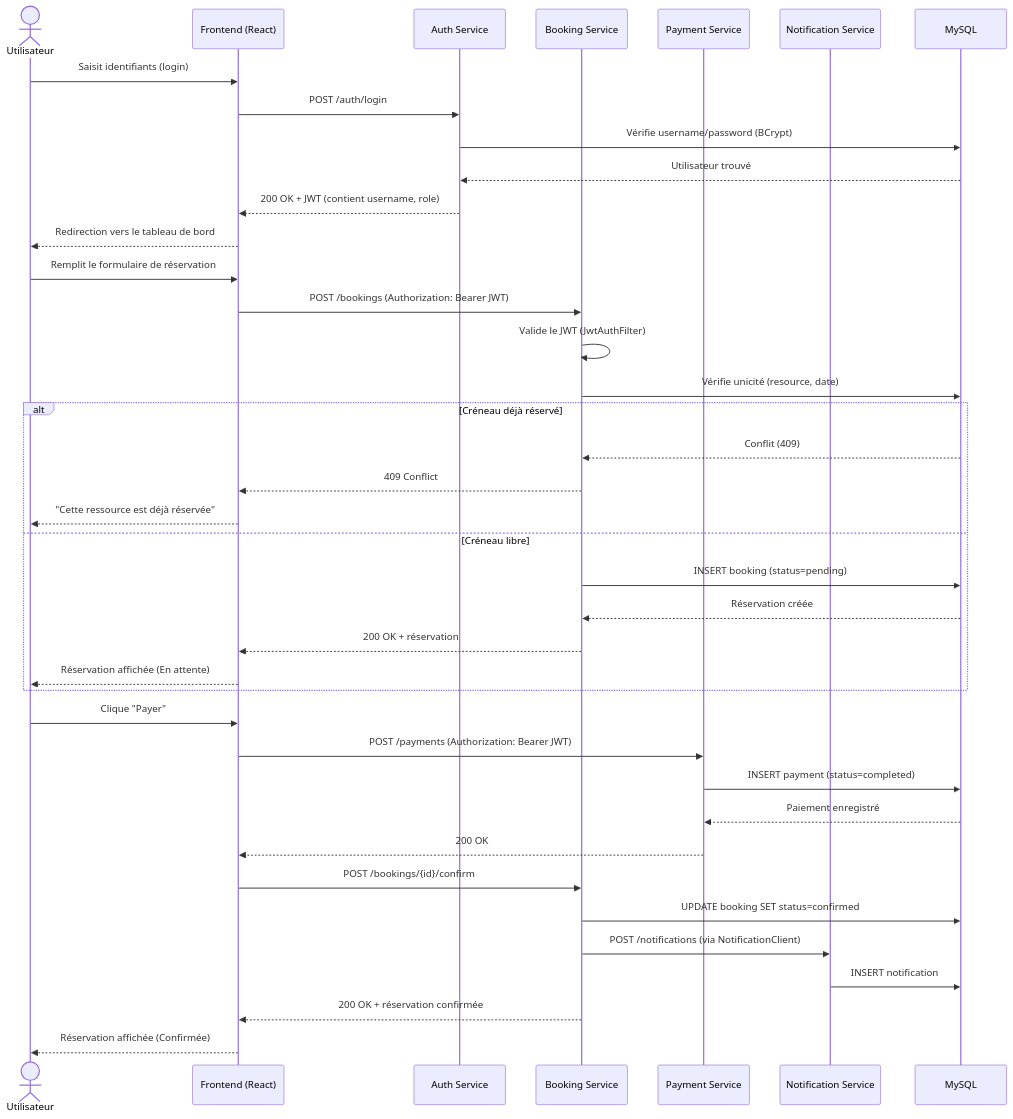
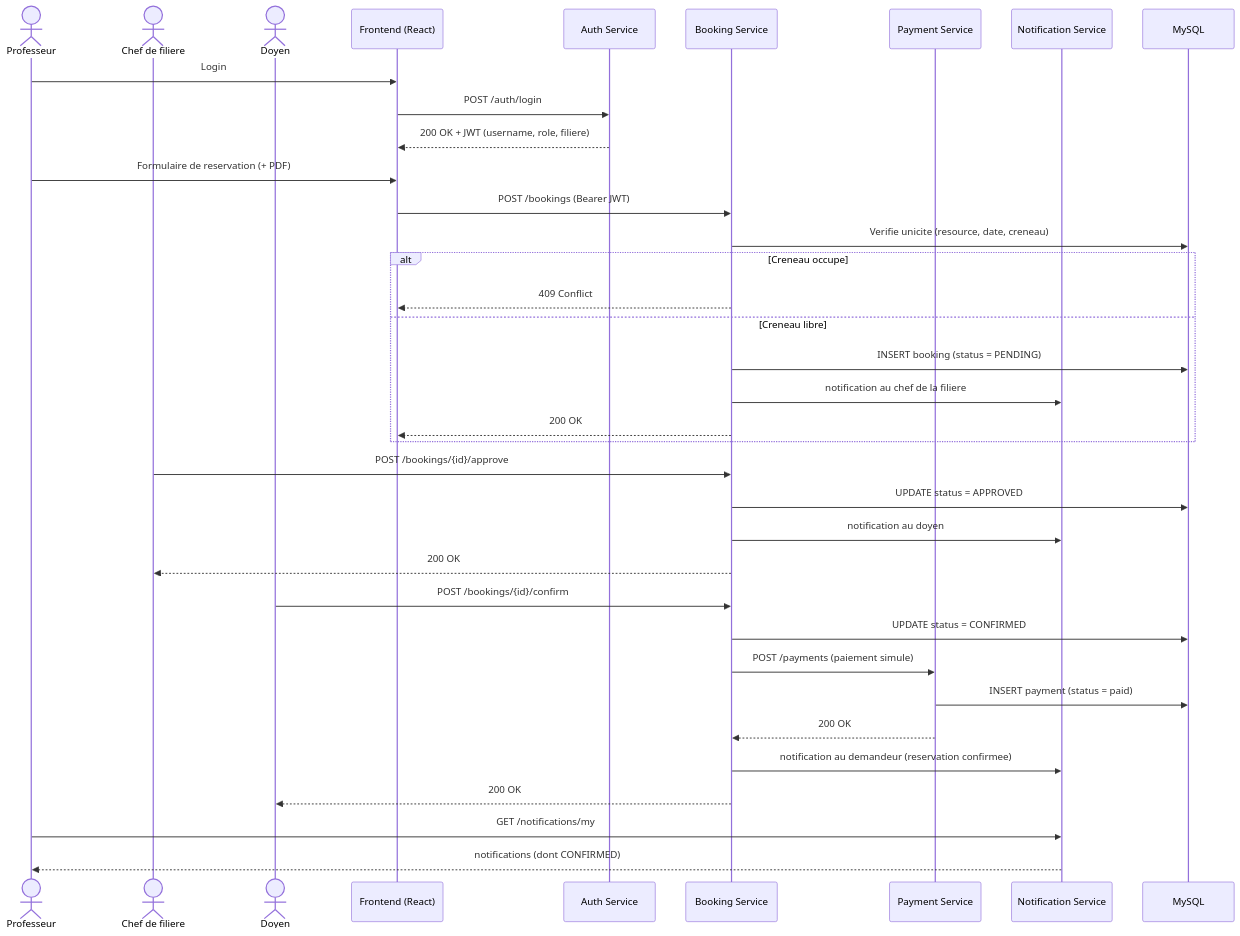
Before and after one commit to Ayamouine/pfa-devops-reservation: the third of 4 diagrams in docs/UML.md, drawn with Mermaid. The commit also changed other lines of this file and 6 other files, not shown here.

````diff
--- a/docs/UML.md
+++ b/docs/UML.md
@@ -122,45 +171,42 @@
 ```mermaid
 sequenceDiagram
-    actor U as Utilisateur
+    actor P as Professeur
+    actor C as Chef de filiere
+    actor D as Doyen
     participant F as Frontend (React)
-    participant Auth as Auth Service
+    participant A as Auth Service
     participant B as Booking Service
-    participant P as Payment Service
+    participant Pay as Payment Service
     participant N as Notification Service
     participant DB as MySQL
 
-    U->>F: Saisit identifiants (login)
-    F->>Auth: POST /auth/login
-    Auth->>DB: Vérifie username/password (BCrypt)
-    DB-->>Auth: Utilisateur trouvé
-    Auth-->>F: 200 OK + JWT (contient username, role)
-    F-->>U: Redirection vers le tableau de bord
-
-    U->>F: Remplit le formulaire de réservation
-    F->>B: POST /bookings (Authorization: Bearer JWT)
-    B->>B: Valide le JWT (JwtAuthFilter)
-    B->>DB: Vérifie unicité (resource, date)
-    alt Créneau déjà réservé
-        DB-->>B: Conflit (409)
+    P->>F: Login
+    F->>A: POST /auth/login
+    A-->>F: 200 OK + JWT (username, role, filiere)
+    P->>F: Formulaire de reservation (+ PDF)
+    F->>B: POST /bookings (Bearer JWT)
+    B->>DB: Verifie unicite (resource, date, creneau)
+    alt Creneau occupe
         B-->>F: 409 Conflict
-        F-->>U: "Cette ressource est déjà réservée"
-    else Créneau libre
-        B->>DB: INSERT booking (status=pending)
-        DB-->>B: Réservation créée
-        B-->>F: 200 OK + réservation
-        F-->>U: Réservation affichée (En attente)
+    else Creneau libre
+        B->>DB: INSERT booking (status = PENDING)
+        B->>N: notification au chef de la filiere
+        B-->>F: 200 OK
     end
 
-    U->>F: Clique "Payer"
-    F->>P: POST /payments (Authorization: Bearer JWT)
-    P->>DB: INSERT payment (status=completed)
-    DB-->>P: Paiement enregistré
-    P-->>F: 200 OK
+    C->>B: POST /bookings/{id}/approve
+    B->>DB: UPDATE status = APPROVED
+    B->>N: notification au doyen
+    B-->>C: 200 OK
 
-    F->>B: POST /bookings/{id}/confirm
-    B->>DB: UPDATE booking SET status=confirmed
-    B->>N: POST /notifications (via NotificationClient)
-    N->>DB: INSERT notification
-    B-->>F: 200 OK + réservation confirmée
-    F-->>U: Réservation affichée (Confirmée)
+    D->>B: POST /bookings/{id}/confirm
+    B->>DB: UPDATE status = CONFIRMED
+    B->>Pay: POST /payments (paiement simule)
+    Pay->>DB: INSERT payment (status = paid)
+    Pay-->>B: 200 OK
+    B->>N: notification au demandeur (reservation confirmee)
+    B-->>D: 200 OK
+
+    P->>N: GET /notifications/my
+    N-->>P: notifications (dont CONFIRMED)
 ```
````
